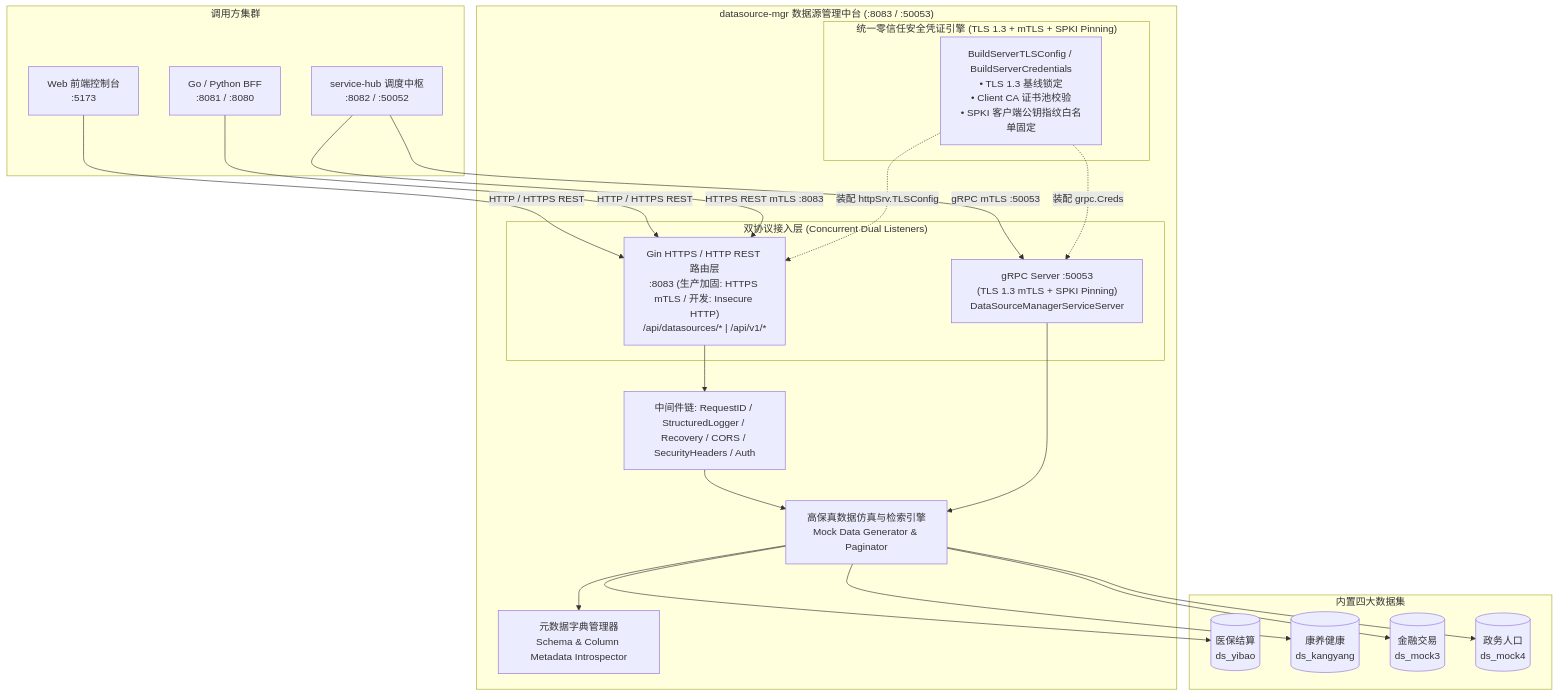
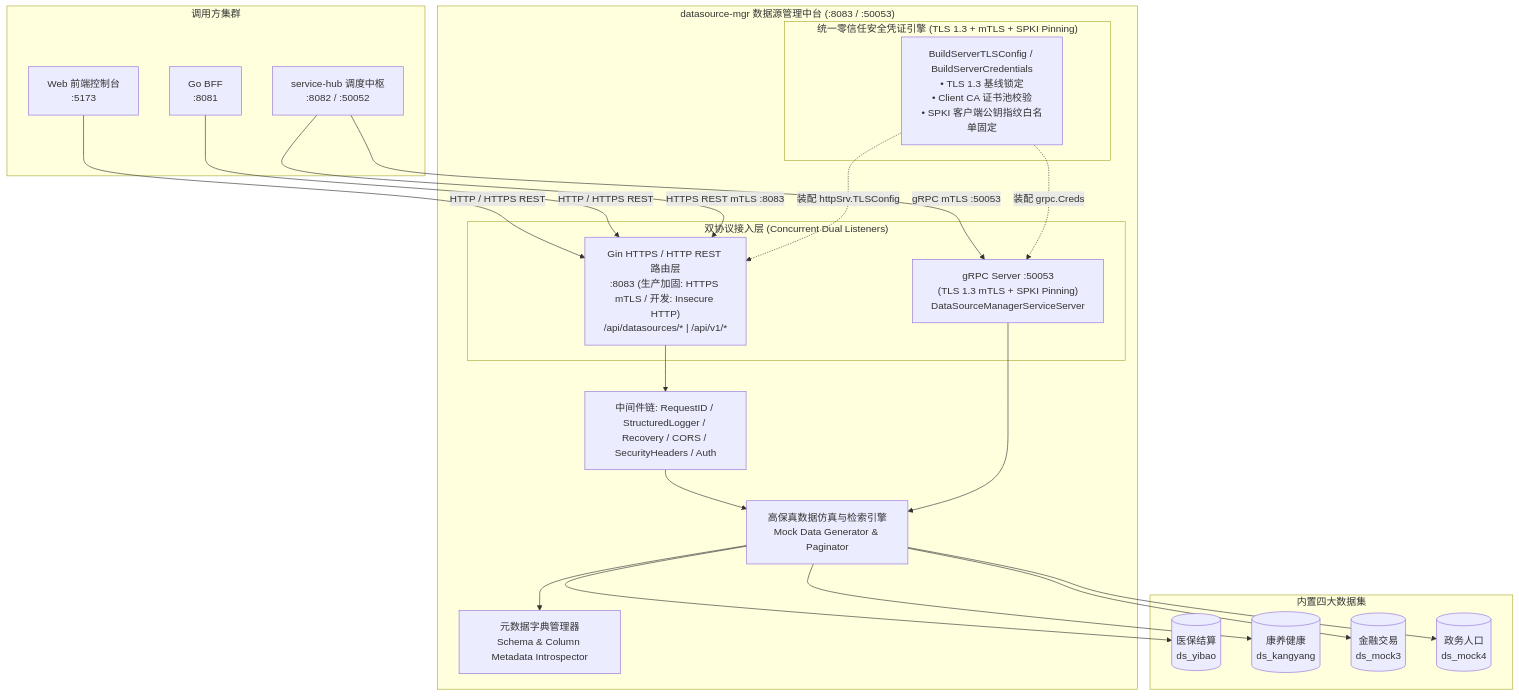
The first of 4 diagrams in services/datasource-mgr/docs/learning-guide.md (fengzhizi319/PrivShield), drawn with Mermaid before and after one commit. The commit also changed 89 other files, not shown here.

````diff
--- a/services/datasource-mgr/docs/learning-guide.md
+++ b/services/datasource-mgr/docs/learning-guide.md
@@ -73,51 +73,51 @@
 ```mermaid
 flowchart TB
     subgraph UpstreamConsumers [调用方集群]
         WebConsole[Web 前端控制台<br/>:5173]
         ServiceHub[service-hub 调度中枢<br/>:8082 / :50052]
-        ConsoleBFF[Go / Python BFF<br/>:8081 / :8080]
+        ConsoleBFF[Go BFF<br/>:8081]
     end
 
     subgraph DSMgrService ["datasource-mgr 数据源管理中台 (:8083 / :50053)"]
         subgraph SecurityEngine ["统一零信任安全凭证引擎 (TLS 1.3 + mTLS + SPKI Pinning)"]
             TLSBuilder["BuildServerTLSConfig / BuildServerCredentials<br/>• TLS 1.3 基线锁定<br/>• Client CA 证书池校验<br/>• SPKI 客户端公钥指纹白名单固定"]
         end
 
         subgraph ProtocolLayers ["双协议接入层 (Concurrent Dual Listeners)"]
             GinHTTPS["Gin HTTPS / HTTP REST 路由层<br/>:8083 (生产加固: HTTPS mTLS / 开发: Insecure HTTP)<br/>/api/datasources/* | /api/v1/*"]
             GRPCSrv["gRPC Server :50053<br/>(TLS 1.3 mTLS + SPKI Pinning)<br/>DataSourceManagerServiceServer"]
         end
 
         MWStack[中间件链: RequestID / StructuredLogger / Recovery / CORS / SecurityHeaders / Auth]
         
         DataEngine[高保真数据仿真与检索引擎<br/>Mock Data Generator & Paginator]
         MetadataStore[元数据字典管理器<br/>Schema & Column Metadata Introspector]
     end
 
     subgraph Datasets [内置四大数据集]
         DS1[(医保结算<br/>ds_yibao)]
         DS2[(康养健康<br/>ds_kangyang)]
         DS3[(金融交易<br/>ds_mock3)]
         DS4[(政务人口<br/>ds_mock4)]
     end
 
     %% 调用关系与协议绑定
     WebConsole -->|HTTP / HTTPS REST| GinHTTPS
     ConsoleBFF -->|HTTP / HTTPS REST| GinHTTPS
     ServiceHub -->|HTTPS REST mTLS :8083| GinHTTPS
     ServiceHub -->|gRPC mTLS :50053| GRPCSrv
 
     %% 安全引擎与协议层绑定
     TLSBuilder -.->|装配 httpSrv.TLSConfig| GinHTTPS
     TLSBuilder -.->|装配 grpc.Creds| GRPCSrv
 
     %% 业务流转
     GinHTTPS --> MWStack --> DataEngine
     GRPCSrv --> DataEngine
 
     DataEngine --> MetadataStore
     DataEngine --> DS1
     DataEngine --> DS2
     DataEngine --> DS3
     DataEngine --> DS4
 ```
````
